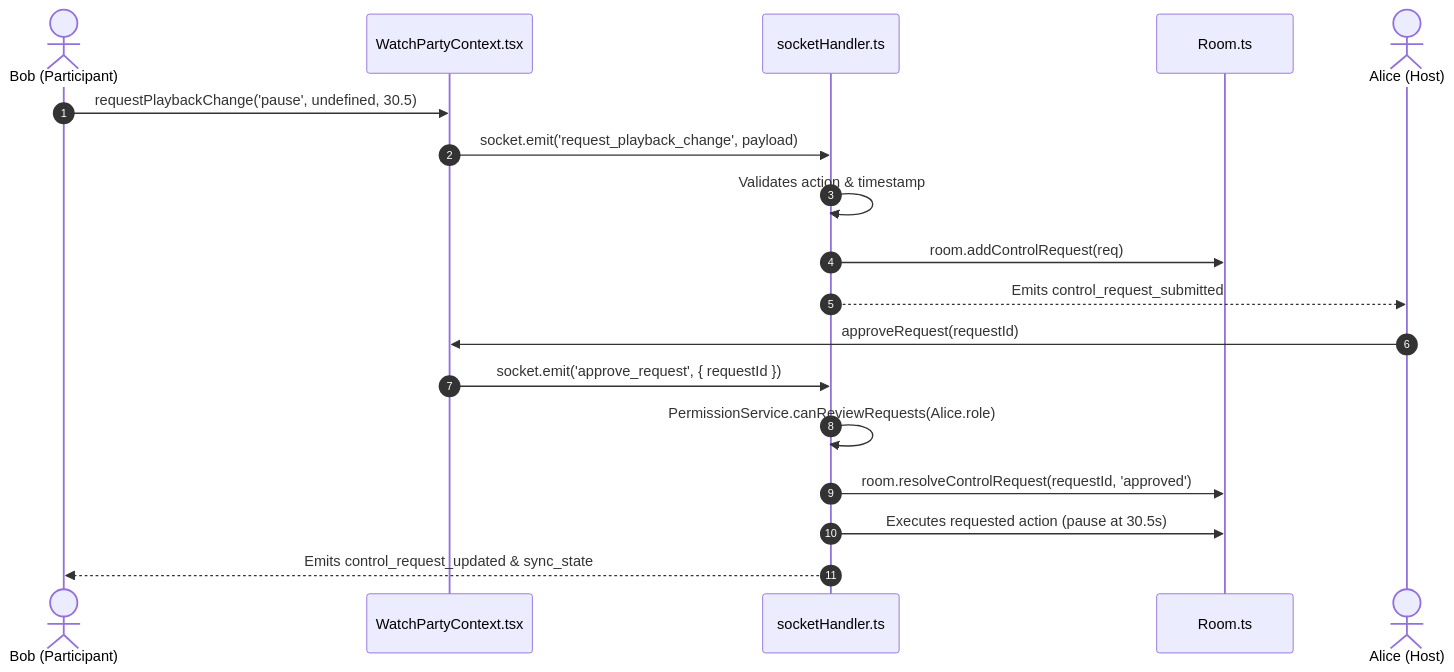
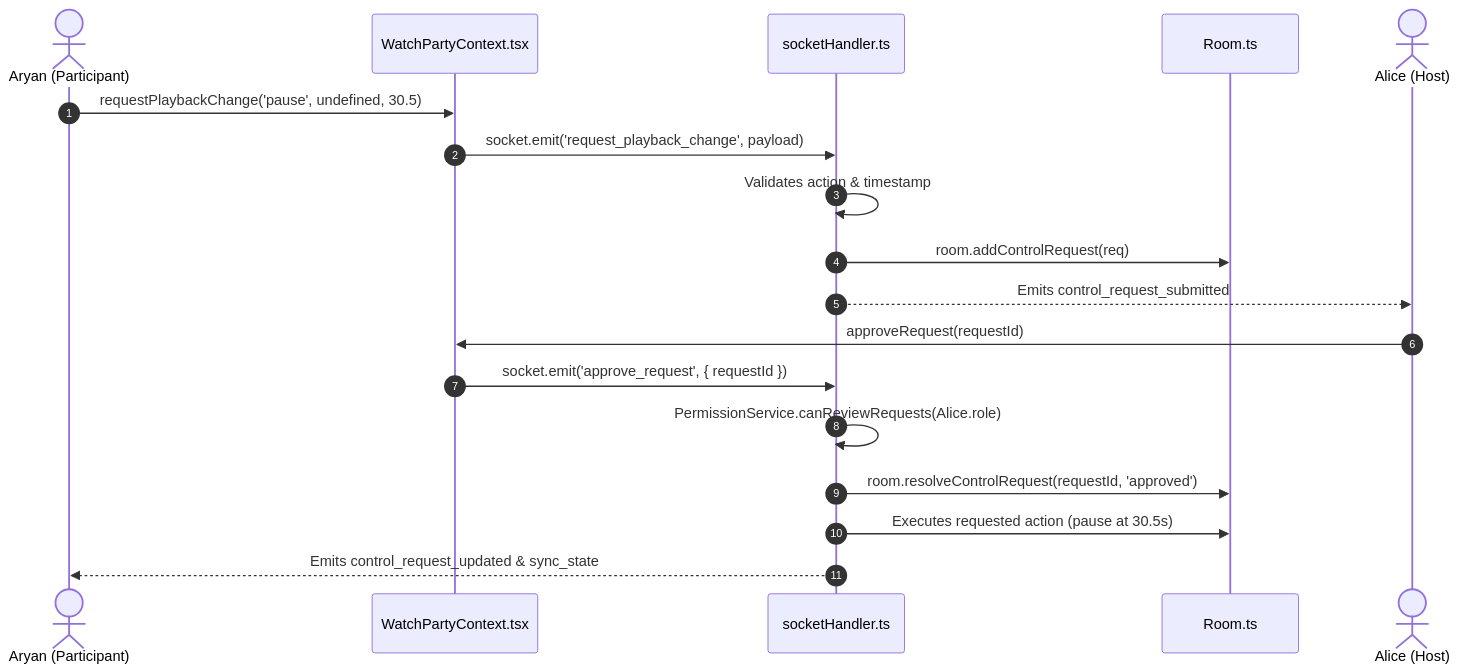
One commit to AryanPatel-AI/syncora changed the third of 3 diagrams in docs/LOGIC_WALKTHROUGH.md. Above: the diagram before and after it, drawn with Mermaid. The commit also changed other lines of this file and 8 other files, not shown here.

````diff
--- a/docs/LOGIC_WALKTHROUGH.md
+++ b/docs/LOGIC_WALKTHROUGH.md
@@ -218,21 +218,21 @@
 ```mermaid
 sequenceDiagram
     autonumber
-    actor Bob as Bob (Participant)
+    actor Aryan as Aryan (Participant)
     participant Context as WatchPartyContext.tsx
     participant Server as socketHandler.ts
     participant Room as Room.ts
     actor Alice as Alice (Host)
 
-    Bob->>Context: requestPlaybackChange('pause', undefined, 30.5)
+    Aryan->>Context: requestPlaybackChange('pause', undefined, 30.5)
     Context->>Server: socket.emit('request_playback_change', payload)
     Server->>Server: Validates action & timestamp
     Server->>Room: room.addControlRequest(req)
     Server-->>Alice: Emits control_request_submitted
     Alice->>Context: approveRequest(requestId)
     Context->>Server: socket.emit('approve_request', { requestId })
     Server->>Server: PermissionService.canReviewRequests(Alice.role)
     Server->>Room: room.resolveControlRequest(requestId, 'approved')
     Server->>Room: Executes requested action (pause at 30.5s)
-    Server-->>Bob: Emits control_request_updated & sync_state
+    Server-->>Aryan: Emits control_request_updated & sync_state
 ```
````
